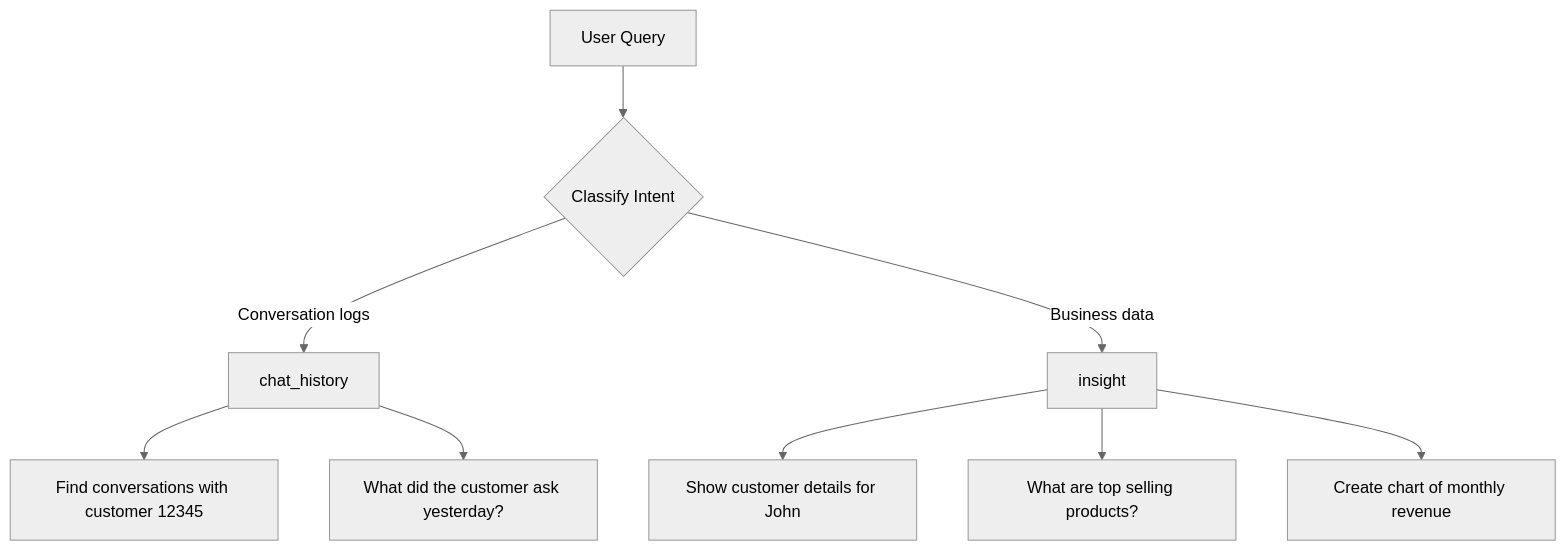
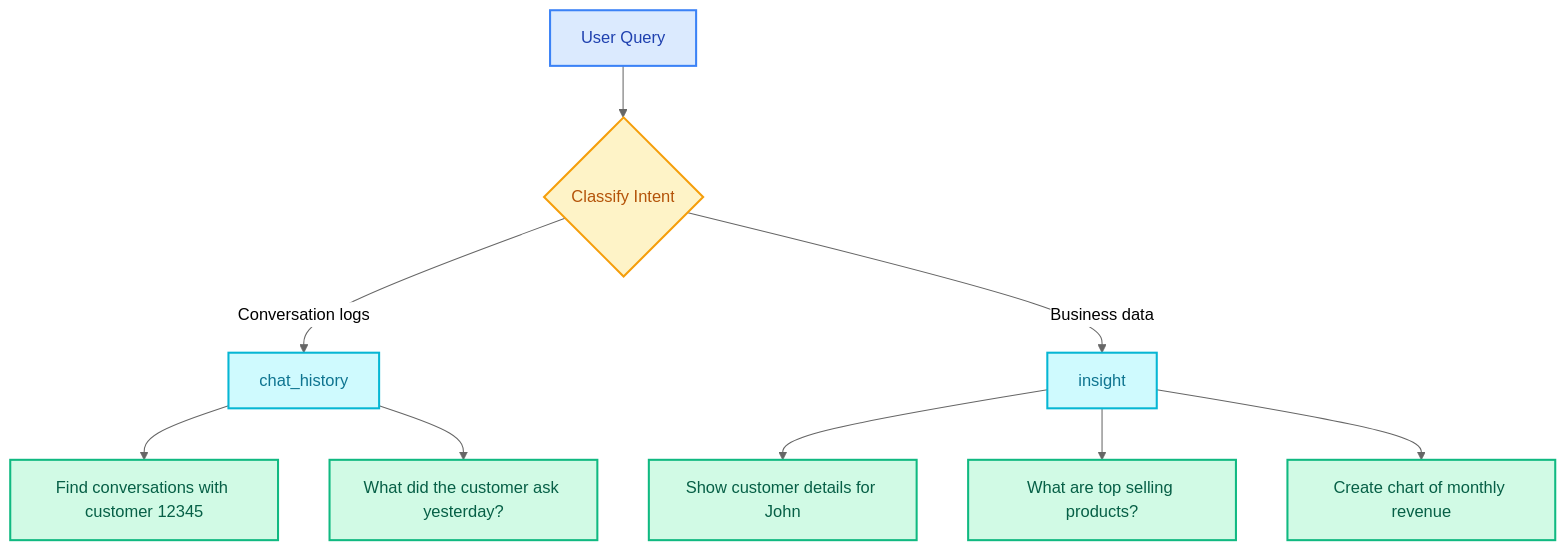
Before and after one commit to mhokchuekchuek/mtl_agent: the diagram in docs/assets/diagrams/prompts/client_orchestrator_1.mmd, drawn with Mermaid (neutral theme). The commit also changed 10 other files, not shown here.

Commit message:
docs: update mermaid diagram files

```diff
--- a/docs/assets/diagrams/prompts/client_orchestrator_1.mmd
+++ b/docs/assets/diagrams/prompts/client_orchestrator_1.mmd
@@ -1,11 +1,21 @@
 flowchart TD
     Q[User Query] --> C{Classify Intent}
     C -->|Conversation logs| CH[chat_history]
     C -->|Business data| IN[insight]
-    
+
     CH --> EX1["Find conversations with customer 12345"]
     CH --> EX2["What did the customer ask yesterday?"]
-    
+
     IN --> EX3["Show customer details for John"]
     IN --> EX4["What are top selling products?"]
     IN --> EX5["Create chart of monthly revenue"]
+
+    classDef user fill:#dbeafe,stroke:#3b82f6,stroke-width:2px,color:#1e40af
+    classDef decision fill:#fef3c7,stroke:#f59e0b,stroke-width:2px,color:#b45309
+    classDef agent fill:#cffafe,stroke:#06b6d4,stroke-width:2px,color:#0e7490
+    classDef example fill:#d1fae5,stroke:#10b981,stroke-width:2px,color:#065f46
+
+    class Q user
+    class C decision
+    class CH,IN agent
+    class EX1,EX2,EX3,EX4,EX5 example
```
